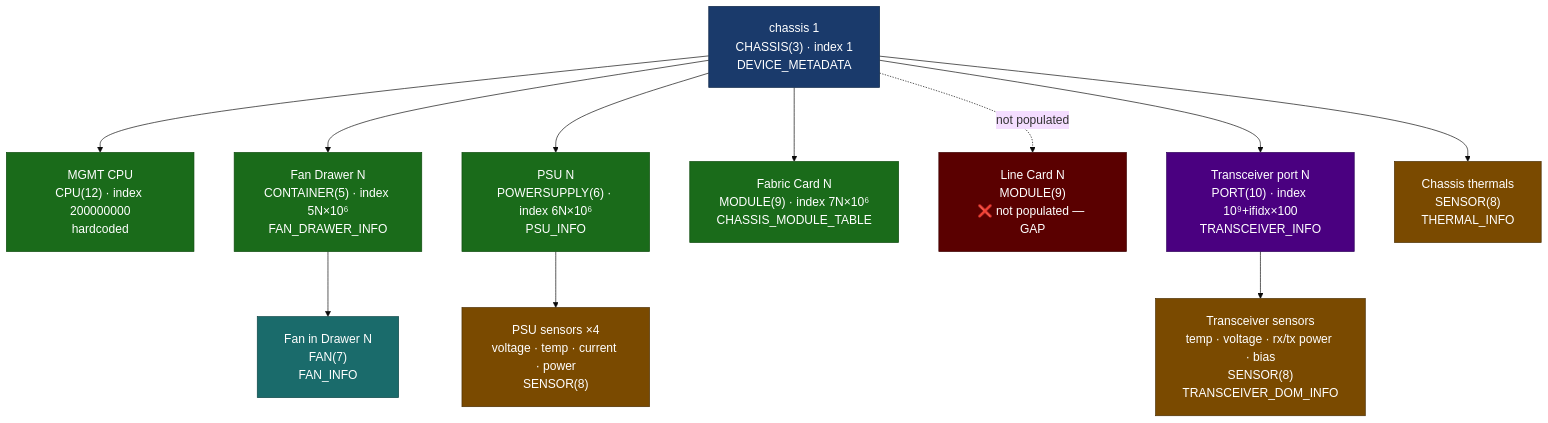
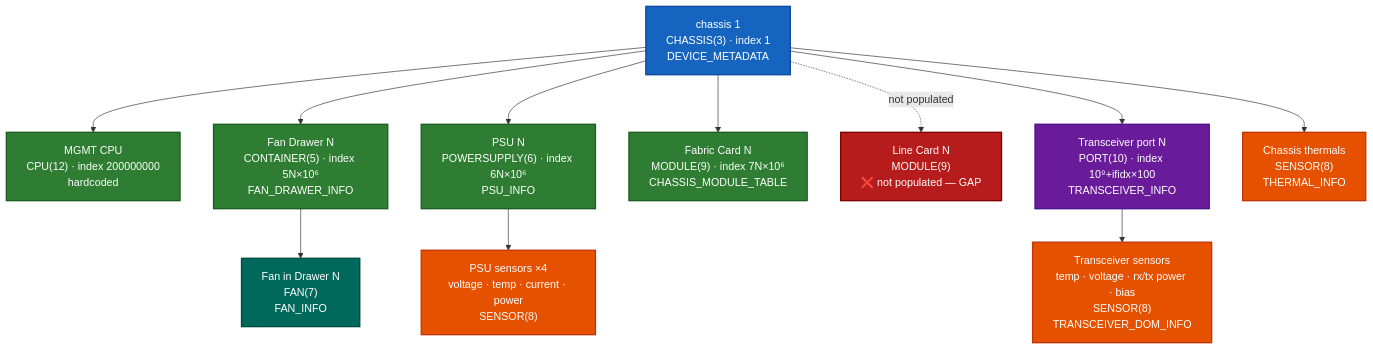
Before and after one commit to thongal-upscale/sonic-snmpagent: the ninth of 17 diagrams in docs/nms_compliance_gaps.md, drawn with Mermaid. The commit also changed other lines of this file, not shown here.

Commit message:
docs: redesign diagrams with vibrant colors, expand pytest lifecycle, add BGP AgentX container

````diff
--- a/docs/nms_compliance_gaps.md
+++ b/docs/nms_compliance_gaps.md
@@ -640,32 +704,31 @@
 ```mermaid
-%%{init: {'theme': 'base', 'themeVariables': {'fontSize': '18px', 'lineHeight': '1.5'}, 'flowchart': {'nodeSpacing': 60, 'rankSpacing': 70, 'padding': 20}, 'sequence': {'actorFontSize': 18, 'noteFontSize': 17, 'messageFontSize': 17}}}%%
 graph TD
-    classDef chassis fill:#1a3a6b,color:#fff,stroke:#0d2545
-    classDef module  fill:#1a6b1a,color:#fff,stroke:#0d4a0d
-    classDef device  fill:#1a6b6b,color:#fff,stroke:#0d4545
-    classDef sensor  fill:#7a4a00,color:#fff,stroke:#4a2d00
-    classDef port    fill:#4a0080,color:#fff,stroke:#2d0059
-    classDef gap     fill:#5a0000,color:#fff,stroke:#3d0000
+    classDef chassis fill:#1565C0,color:#fff,stroke:#0D47A1,stroke-width:2px
+    classDef module  fill:#2E7D32,color:#fff,stroke:#1B5E20,stroke-width:2px
+    classDef device  fill:#00695C,color:#fff,stroke:#004D40,stroke-width:2px
+    classDef sensor  fill:#E65100,color:#fff,stroke:#BF360C,stroke-width:2px
+    classDef port    fill:#6A1B9A,color:#fff,stroke:#4A148C,stroke-width:2px
+    classDef gap     fill:#B71C1C,color:#fff,stroke:#7F0000,stroke-width:2px
 
     CHASSIS["chassis 1\nCHASSIS(3) · index 1\nDEVICE_METADATA"]:::chassis
 
     CPU["MGMT CPU\nCPU(12) · index 200000000\nhardcoded"]:::module
     FD["Fan Drawer N\nCONTAINER(5) · index 5N×10⁶\nFAN_DRAWER_INFO"]:::module
     PSU["PSU N\nPOWERSUPPLY(6) · index 6N×10⁶\nPSU_INFO"]:::module
     FC["Fabric Card N\nMODULE(9) · index 7N×10⁶\nCHASSIS_MODULE_TABLE"]:::module
     LC["Line Card N\nMODULE(9)\n❌ not populated — GAP"]:::gap
     XCVR["Transceiver port N\nPORT(10) · index 10⁹+ifidx×100\nTRANSCEIVER_INFO"]:::port
 
     FAN["Fan in Drawer N\nFAN(7)\nFAN_INFO"]:::device
     PSU_S["PSU sensors ×4\nvoltage · temp · current · power\nSENSOR(8)"]:::sensor
     THERMAL["Chassis thermals\nSENSOR(8)\nTHERMAL_INFO"]:::sensor
     XCVR_S["Transceiver sensors\ntemp · voltage · rx/tx power · bias\nSENSOR(8)\nTRANSCEIVER_DOM_INFO"]:::sensor
 
     CHASSIS --> CPU
     CHASSIS --> FD --> FAN
     CHASSIS --> PSU --> PSU_S
     CHASSIS --> FC
     CHASSIS -.->|"not populated"| LC
     CHASSIS --> XCVR --> XCVR_S
     CHASSIS --> THERMAL
 ```
````
